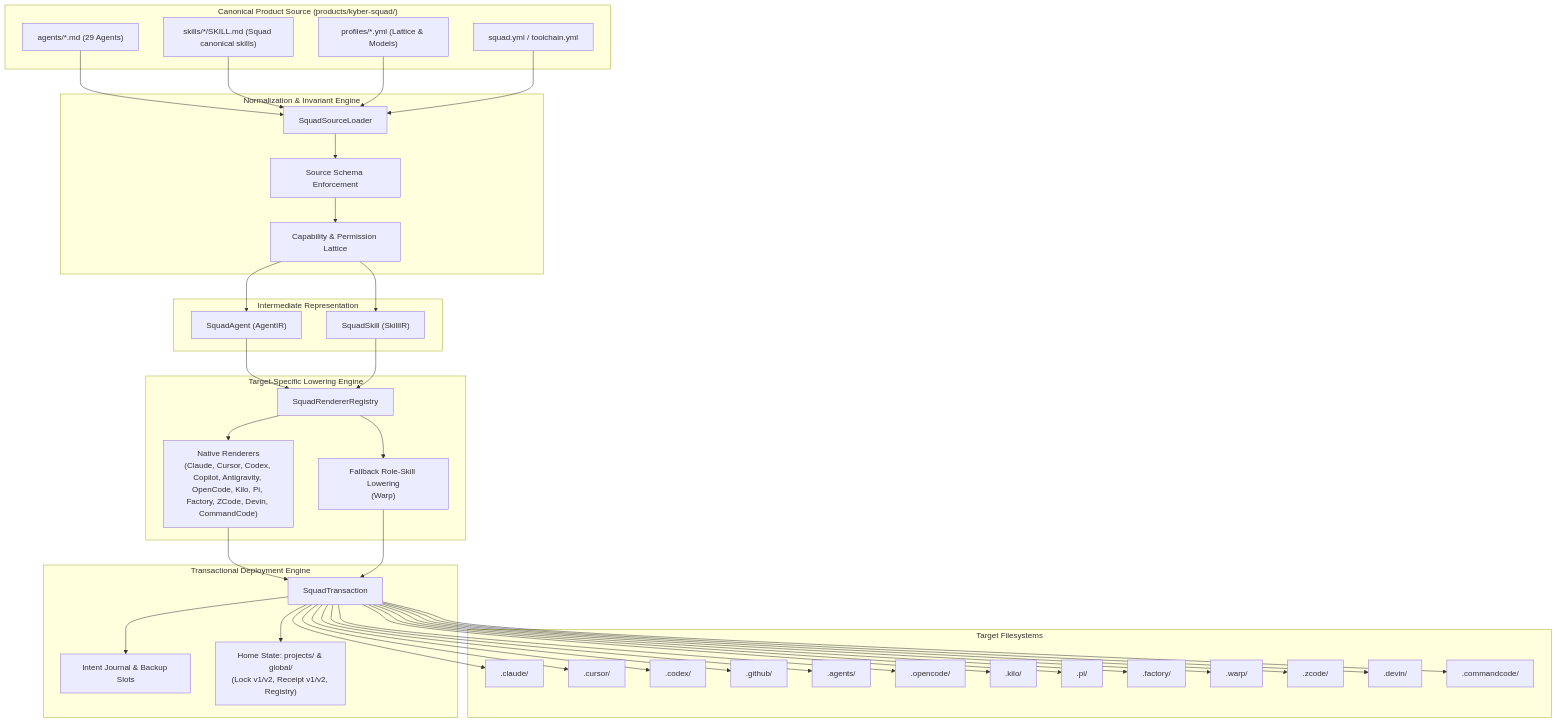
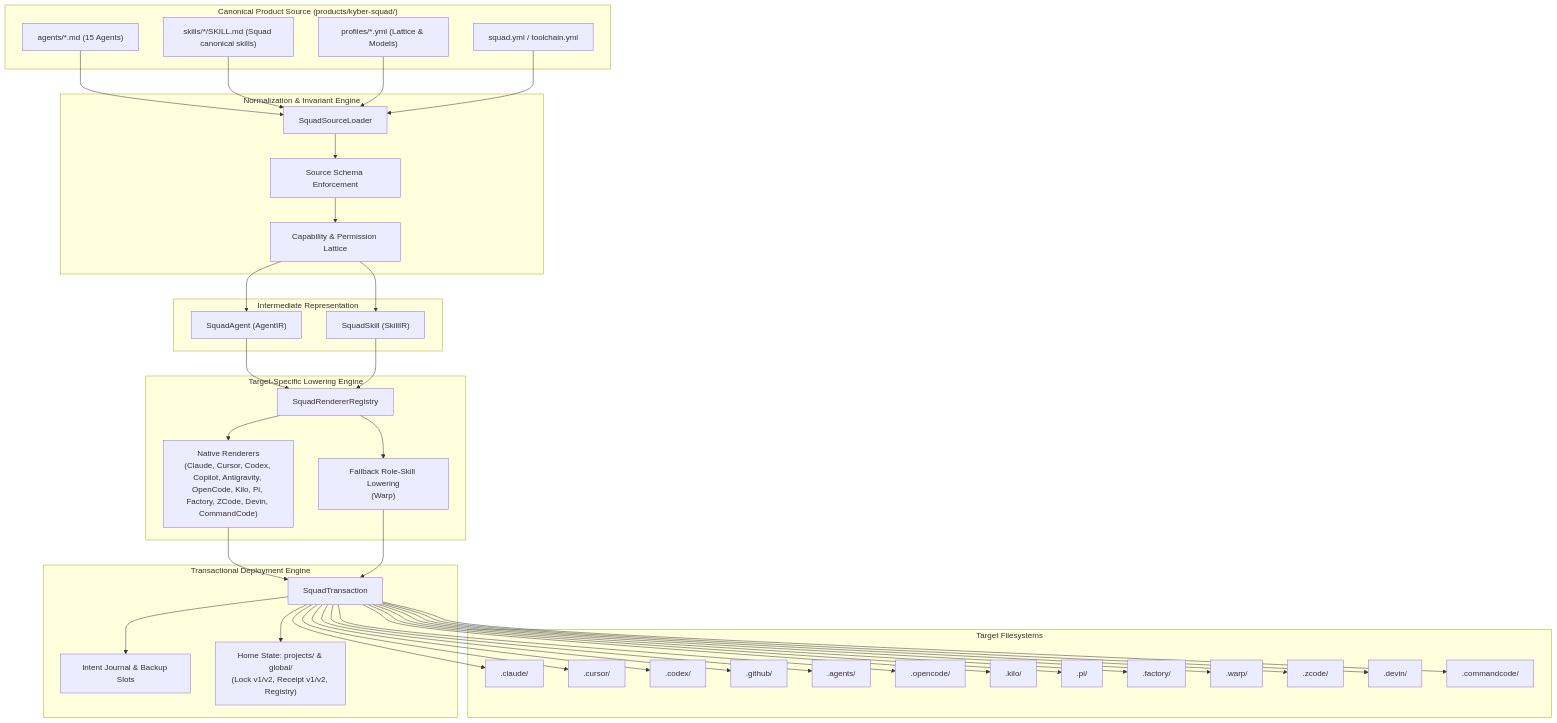
One commit to dpalfery/kyber-weave changed the first of 8 diagrams in docs/kyber-squad/architecture.md. Above: the diagram before and after it, drawn with Mermaid.

Commit message:
docs(kyber-squad): the canonical source holds fifteen agents, not twenty-nine [opencode]

````diff
--- a/docs/kyber-squad/architecture.md
+++ b/docs/kyber-squad/architecture.md
@@ -110,7 +110,7 @@
 ```mermaid
 flowchart TD
     subgraph Canonical["Canonical Product Source (products/kyber-squad/)"]
-        Agents["agents/*.md (29 Agents)"]
+        Agents["agents/*.md (15 Agents)"]
         Skills["skills/*/SKILL.md (Squad canonical skills)"]
         Profiles["profiles/*.yml (Lattice & Models)"]
         Catalog["squad.yml / toolchain.yml"]
````
